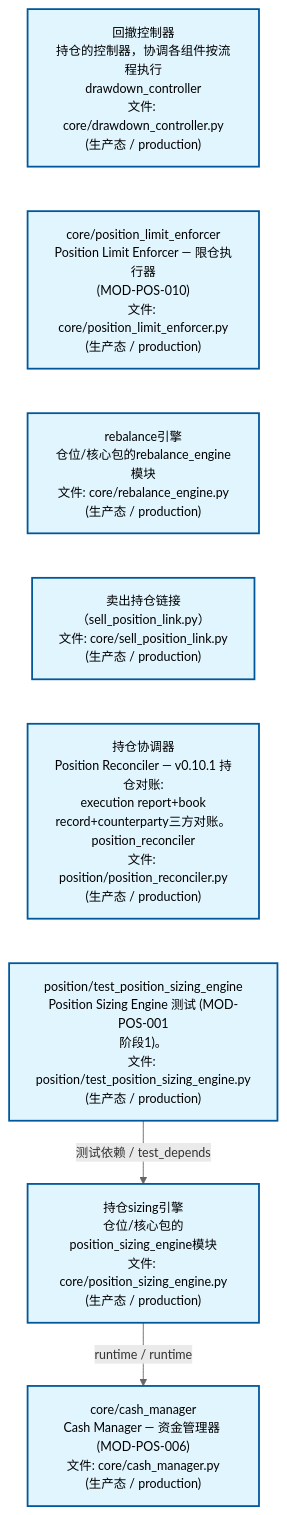
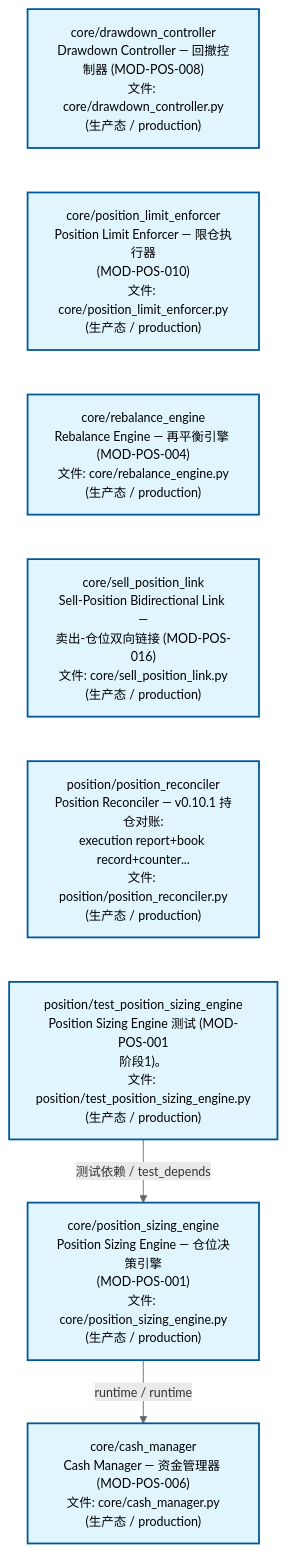
The second of 4 diagrams in docs/02_enterprise_architecture/02_domain_architecture_docs/64_d_position.md (xuanFelixVan/ZephyrAlpha), drawn with Mermaid before and after one commit. The commit also changed other lines of this file and 58 other files, not shown here.

````diff
--- a/docs/02_enterprise_architecture/02_domain_architecture_docs/64_d_position.md
+++ b/docs/02_enterprise_architecture/02_domain_architecture_docs/64_d_position.md
@@ -118,24 +118,24 @@
 ```mermaid
 %%{init: {'theme': 'base', 'themeVariables': {'primaryColor': '#eaeaea', 'primaryTextColor': '#333333', 'primaryBorderColor': '#666666', 'lineColor': '#666666', 'secondaryColor': '#eaeaea', 'tertiaryColor': '#eaeaea', 'fontSize': '14px'}}}%%
 flowchart TD
-    src_zephyr_position_core_drawdown_controller_py["回撤控制器<br/>持仓的控制器，协调各组件按流程执行<br/>drawdown_controller<br/>文件: core/drawdown_controller.py<br/>(生产态 / production)"]
+    src_zephyr_position_core_drawdown_controller_py["core/drawdown_controller<br/>Drawdown Controller — 回撤控制器 (MOD-POS-008)<br/>文件: core/drawdown_controller.py<br/>(生产态 / production)"]
     src_zephyr_position_core_position_limit_enforcer_py["core/position_limit_enforcer<br/>Position Limit Enforcer — 限仓执行器<br/>(MOD-POS-010)<br/>文件: core/position_limit_enforcer.py<br/>(生产态 / production)"]
-    src_zephyr_position_core_rebalance_engine_py["rebalance引擎<br/>仓位/核心包的rebalance_engine模块<br/>文件: core/rebalance_engine.py<br/>(生产态 / production)"]
-    src_zephyr_position_core_sell_position_link_py["卖出持仓链接<br/>（sell_position_link.py）<br/>文件: core/sell_position_link.py<br/>(生产态 / production)"]
-    src_zephyr_position_position_reconciler_py["持仓协调器<br/>Position Reconciler — v0.10.1 持仓对账:<br/>execution report+book<br/>record+counterparty三方对账。<br/>position_reconciler<br/>文件: position/position_reconciler.py<br/>(生产态 / production)"]
+    src_zephyr_position_core_rebalance_engine_py["core/rebalance_engine<br/>Rebalance Engine — 再平衡引擎 (MOD-POS-004)<br/>文件: core/rebalance_engine.py<br/>(生产态 / production)"]
+    src_zephyr_position_core_sell_position_link_py["core/sell_position_link<br/>Sell-Position Bidirectional Link —<br/>卖出-仓位双向链接 (MOD-POS-016)<br/>文件: core/sell_position_link.py<br/>(生产态 / production)"]
+    src_zephyr_position_position_reconciler_py["position/position_reconciler<br/>Position Reconciler — v0.10.1 持仓对账:<br/>execution report+book record+counter...<br/>文件: position/position_reconciler.py<br/>(生产态 / production)"]
     tests_position_test_position_sizing_engine_py["position/test_position_sizing_engine<br/>Position Sizing Engine 测试 (MOD-POS-001<br/>阶段1)。<br/>文件: position/test_position_sizing_engine.py<br/>(生产态 / production)"]
     src_zephyr_position_core_drawdown_controller_py ~~~ src_zephyr_position_core_position_limit_enforcer_py
     src_zephyr_position_core_position_limit_enforcer_py ~~~ src_zephyr_position_core_rebalance_engine_py
     src_zephyr_position_core_rebalance_engine_py ~~~ src_zephyr_position_core_sell_position_link_py
     src_zephyr_position_core_sell_position_link_py ~~~ src_zephyr_position_position_reconciler_py
     src_zephyr_position_position_reconciler_py ~~~ tests_position_test_position_sizing_engine_py
-    src_zephyr_position_core_position_sizing_engine_py["持仓sizing引擎<br/>仓位/核心包的position_sizing_engine模块<br/>文件: core/position_sizing_engine.py<br/>(生产态 / production)"]
+    src_zephyr_position_core_position_sizing_engine_py["core/position_sizing_engine<br/>Position Sizing Engine — 仓位决策引擎<br/>(MOD-POS-001)<br/>文件: core/position_sizing_engine.py<br/>(生产态 / production)"]
     src_zephyr_position_core_cash_manager_py["core/cash_manager<br/>Cash Manager — 资金管理器 (MOD-POS-006)<br/>文件: core/cash_manager.py<br/>(生产态 / production)"]
     src_zephyr_position_core_position_sizing_engine_py -->|runtime / runtime| src_zephyr_position_core_cash_manager_py
     tests_position_test_position_sizing_engine_py -->|测试依赖 / test_depends| src_zephyr_position_core_position_sizing_engine_py
     classDef production fill:#e1f5fe,stroke:#01579b,stroke-width:2px,color:#000
     classDef design fill:#fff3e0,stroke:#e65100,stroke-width:2px,color:#000,stroke-dasharray: 5 5
     classDef external_prod fill:#e8f4fd,stroke:#0277bd,stroke-width:1px,color:#000
     classDef external_design fill:#fff8e7,stroke:#ef6c00,stroke-width:1px,color:#000,stroke-dasharray: 5 5
     class src_zephyr_position_core_cash_manager_py,src_zephyr_position_core_drawdown_controller_py,src_zephyr_position_core_position_limit_enforcer_py,src_zephyr_position_core_position_sizing_engine_py,src_zephyr_position_core_rebalance_engine_py,src_zephyr_position_core_sell_position_link_py,src_zephyr_position_position_reconciler_py,tests_position_test_position_sizing_engine_py production
 ```
````
